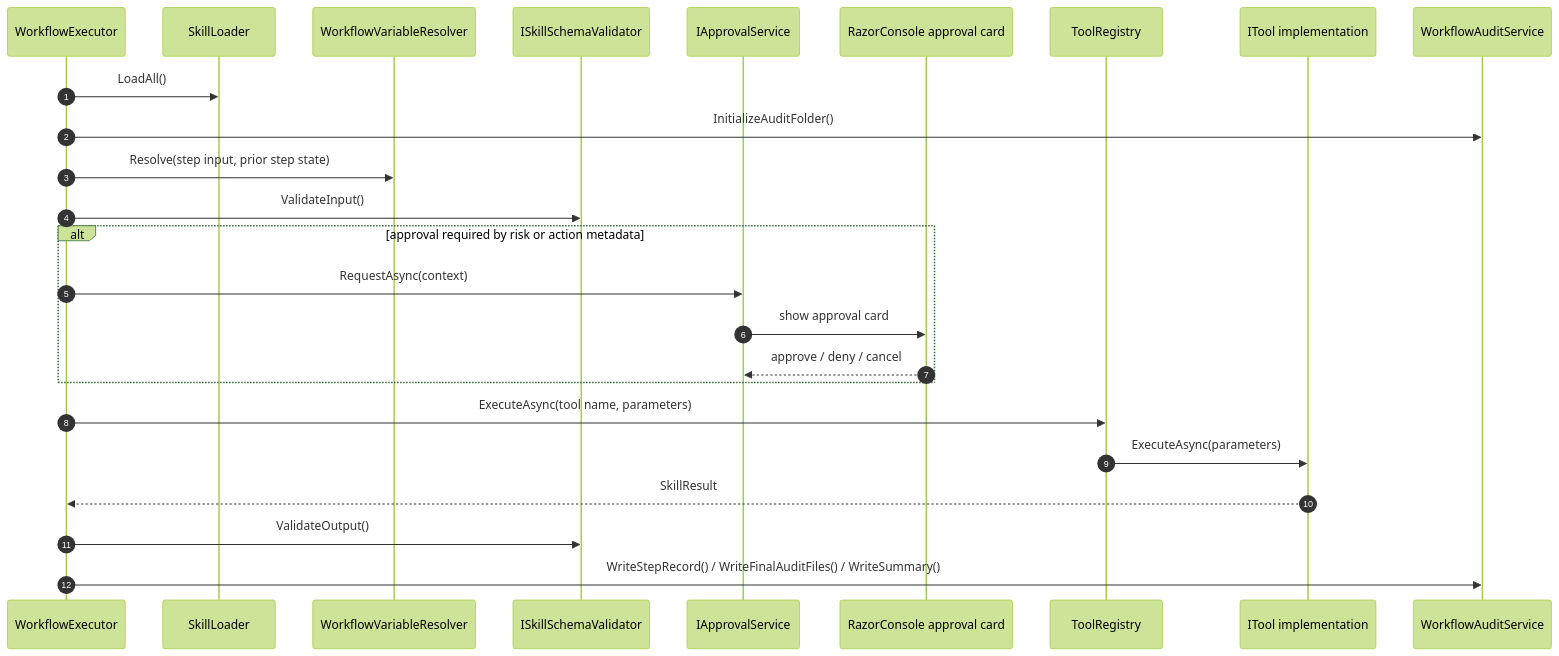
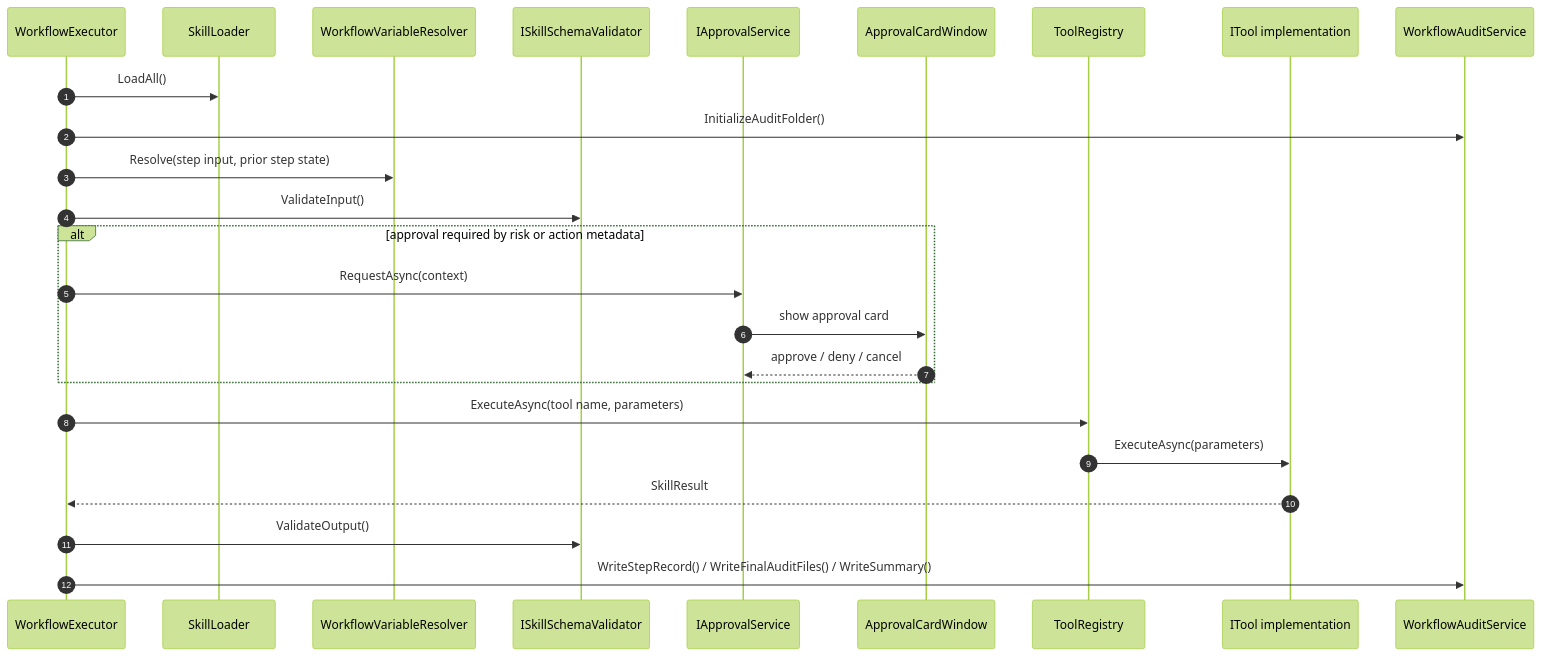
Before and after one commit to umbertotechnopreneur/YAi: the ninth of 14 diagrams in docs/specs/diagrams/2026-04-25-cli-flows-and-architecture.md, drawn with Mermaid (forest theme). The commit also changed other lines of this file and 65 other files, not shown here.

````diff
--- a/docs/specs/diagrams/2026-04-25-cli-flows-and-architecture.md
+++ b/docs/specs/diagrams/2026-04-25-cli-flows-and-architecture.md
@@ -395,30 +394,30 @@
 ```mermaid
 sequenceDiagram
     autonumber
     participant Executor as WorkflowExecutor
     participant Loader as SkillLoader
     participant Resolver as WorkflowVariableResolver
     participant Schema as ISkillSchemaValidator
     participant Approval as IApprovalService
-    participant Presenter as RazorConsole approval card
+    participant Presenter as ApprovalCardWindow
     participant Tools as ToolRegistry
     participant Tool as ITool implementation
     participant Audit as WorkflowAuditService
 
     Executor->>Loader: LoadAll()
     Executor->>Audit: InitializeAuditFolder()
     Executor->>Resolver: Resolve(step input, prior step state)
     Executor->>Schema: ValidateInput()
 
     alt approval required by risk or action metadata
         Executor->>Approval: RequestAsync(context)
         Approval->>Presenter: show approval card
         Presenter-->>Approval: approve / deny / cancel
     end
 
     Executor->>Tools: ExecuteAsync(tool name, parameters)
     Tools->>Tool: ExecuteAsync(parameters)
     Tool-->>Executor: SkillResult
     Executor->>Schema: ValidateOutput()
     Executor->>Audit: WriteStepRecord() / WriteFinalAuditFiles() / WriteSummary()
 ```
````
